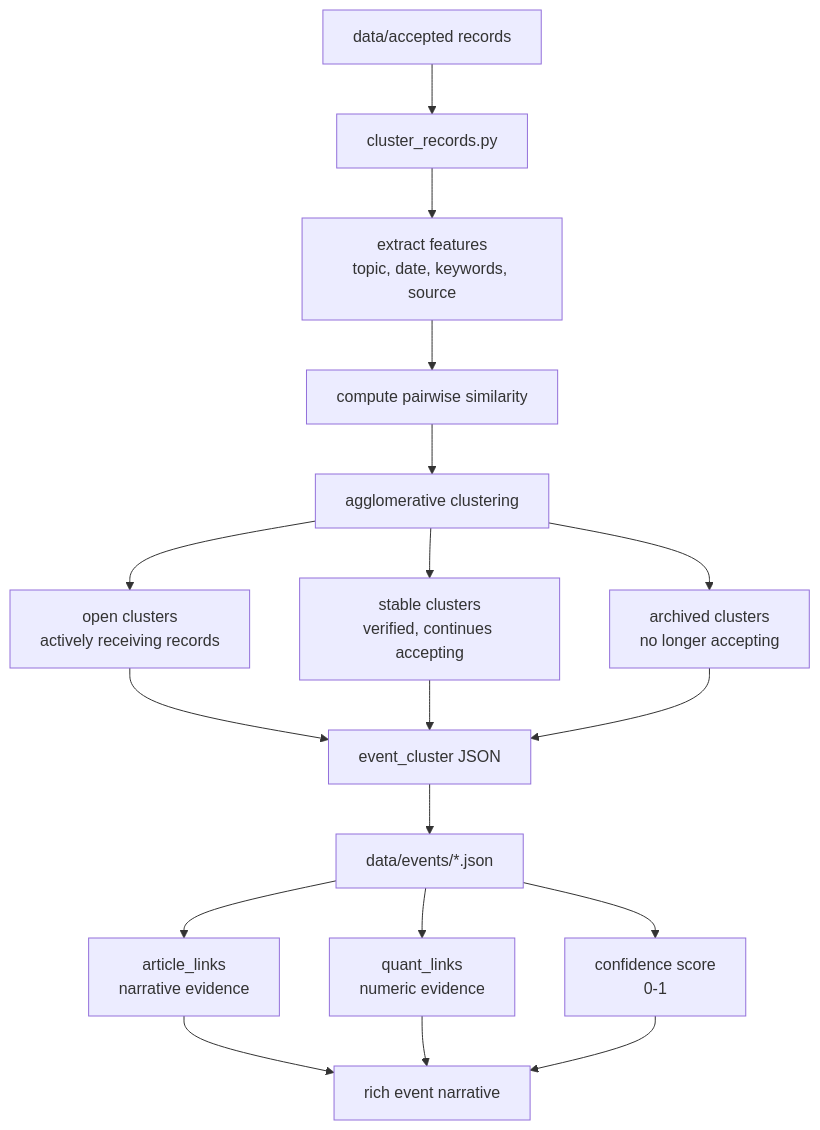
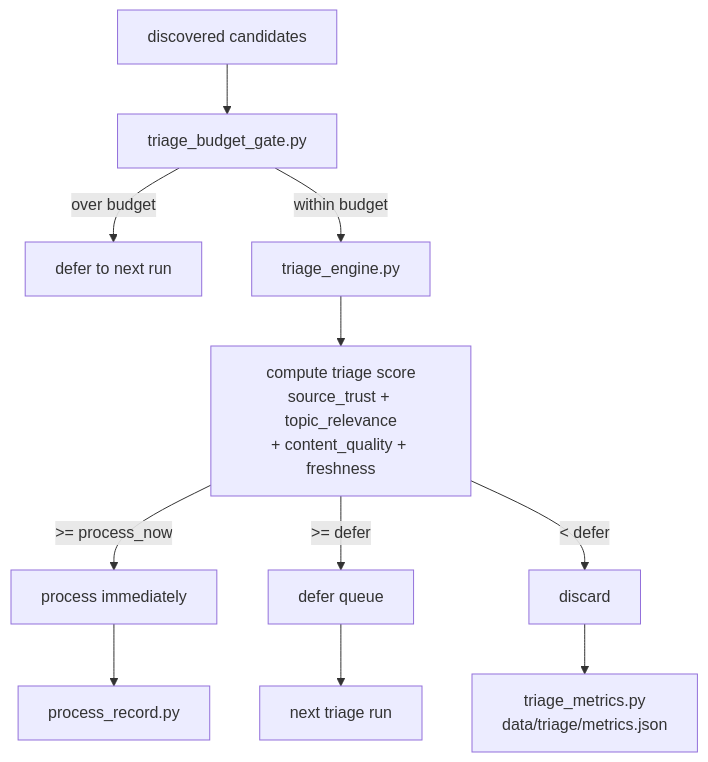
Before and after one commit to RishiJain905/Finance-Research-Archive: diagram 11 of 16 in README.md, drawn with Mermaid. The commit also changed other lines of this file, not shown here.

First line of the commit message:
docs: update README for all 10 V3 phases complete with new mermaid diagrams

````diff
--- a/README.md
+++ b/README.md
@@ -553,24 +529,16 @@
 ```mermaid
 flowchart TD
-    A[data/accepted records] --> B[cluster_records.py]
-    
-    B --> C[extract features<br/>topic, date, keywords, source]
-    C --> D[compute pairwise similarity]
-    D --> E[agglomerative clustering]
-    
-    E --> F[open clusters<br/>actively receiving records]
-    E --> G[stable clusters<br/>verified, continues accepting]
-    E --> H[archived clusters<br/>no longer accepting]
-    
-    F --> I[event_cluster JSON]
-    G --> I
-    H --> I
-    
-    I --> J[data/events/*.json]
-    
-    J --> K[article_links<br/>narrative evidence]
-    J --> L[quant_links<br/>numeric evidence]
-    J --> M[confidence score<br/>0-1]
-    
-    K & L & M --> N[rich event narrative]
+    CANDS[discovered candidates] --> BG[triage_budget_gate.py]
+    BG -->|over budget| DEFER[defer to next run]
+    BG -->|within budget| TE[triage_engine.py]
+
+    TE --> TS[compute triage score<br/>source_trust + topic_relevance<br/>+ content_quality + freshness]
+
+    TS -->|>= process_now| IMM[process immediately]
+    TS -->|>= defer| DQ[defer queue]
+    TS -->|< defer| DISC[discard]
+
+    IMM --> PR[process_record.py]
+    DQ --> NEXT[next triage run]
+    DISC --> TM[triage_metrics.py<br/>data/triage/metrics.json]
 ```
````
